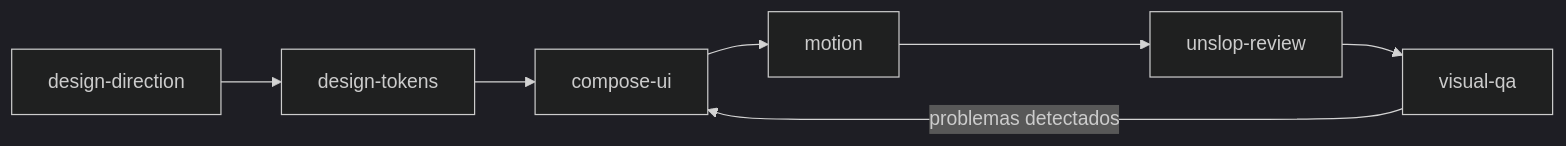
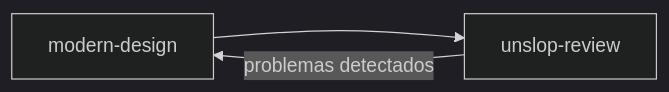
One commit to santiagodie/modern-design-pack changed the diagram in README.es.md. Above: the diagram before and after it, drawn with Mermaid (dark theme). The commit also changed other lines of this file and 25 other files, not shown here.

````diff
--- a/README.es.md
+++ b/README.es.md
@@ -77,9 +79,5 @@
 ```mermaid
 flowchart LR
-    A[design-direction] --> B[design-tokens]
-    B --> C[compose-ui]
-    C --> D[motion]
-    D --> E[unslop-review]
-    E --> F[visual-qa]
-    F -- problemas detectados --> C
+    A[modern-design] --> B[unslop-review]
+    B -- problemas detectados --> A
 ```
````
